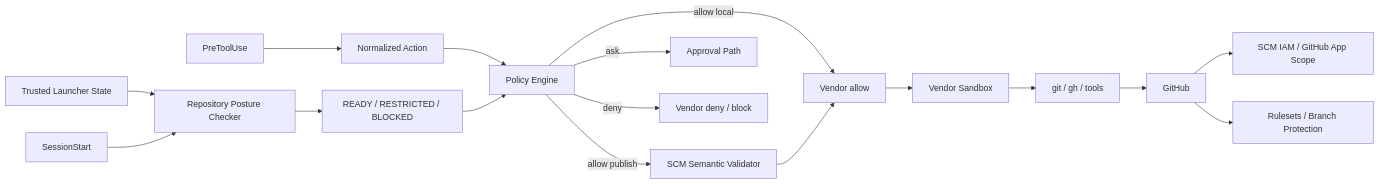
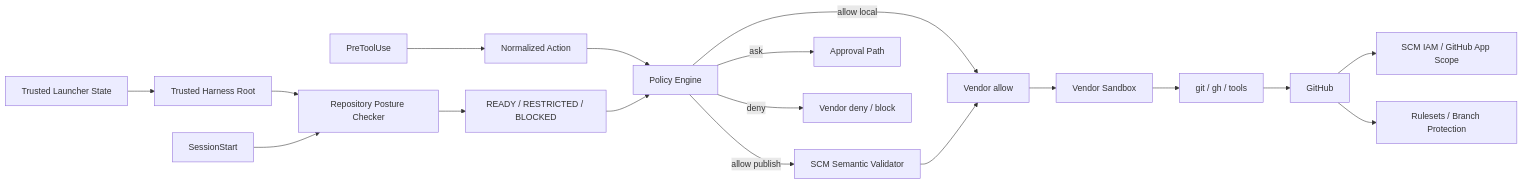
The diagram in docs/ja/06-vendor-harnesses.md (tomo-chan/agent-harness), drawn with Mermaid before and after one commit. The commit also changed other lines of this file, not shown here.

Commit message:
docs: document trusted harness boundary in Japanese

````diff
--- a/docs/ja/06-vendor-harnesses.md
+++ b/docs/ja/06-vendor-harnesses.md
@@ -7,19 +7,20 @@
 ```mermaid
 flowchart LR
-    TL[Trusted Launcher State] --> RP[Repository Posture Checker]
+    TL[Trusted Launcher State] --> TR[Trusted Harness Root]
+    TR --> RP[Repository Posture Checker]
     SS[SessionStart] --> RP
     RP --> ST[READY / RESTRICTED / BLOCKED]
     PT[PreToolUse] --> N[Normalized Action]
     N --> P[Policy Engine]
     ST --> P
     P -->|allow publish| SV[SCM Semantic Validator]
     P -->|allow local| A[Vendor allow]
     P -->|ask| Q[Approval Path]
     P -->|deny| D[Vendor deny / block]
     SV --> A
     A --> S[Vendor Sandbox]
     S --> T[git / gh / tools]
     T --> GH[GitHub]
     GH --> IAM[SCM IAM / GitHub App Scope]
     GH --> R[Rulesets / Branch Protection]
 ```
````
